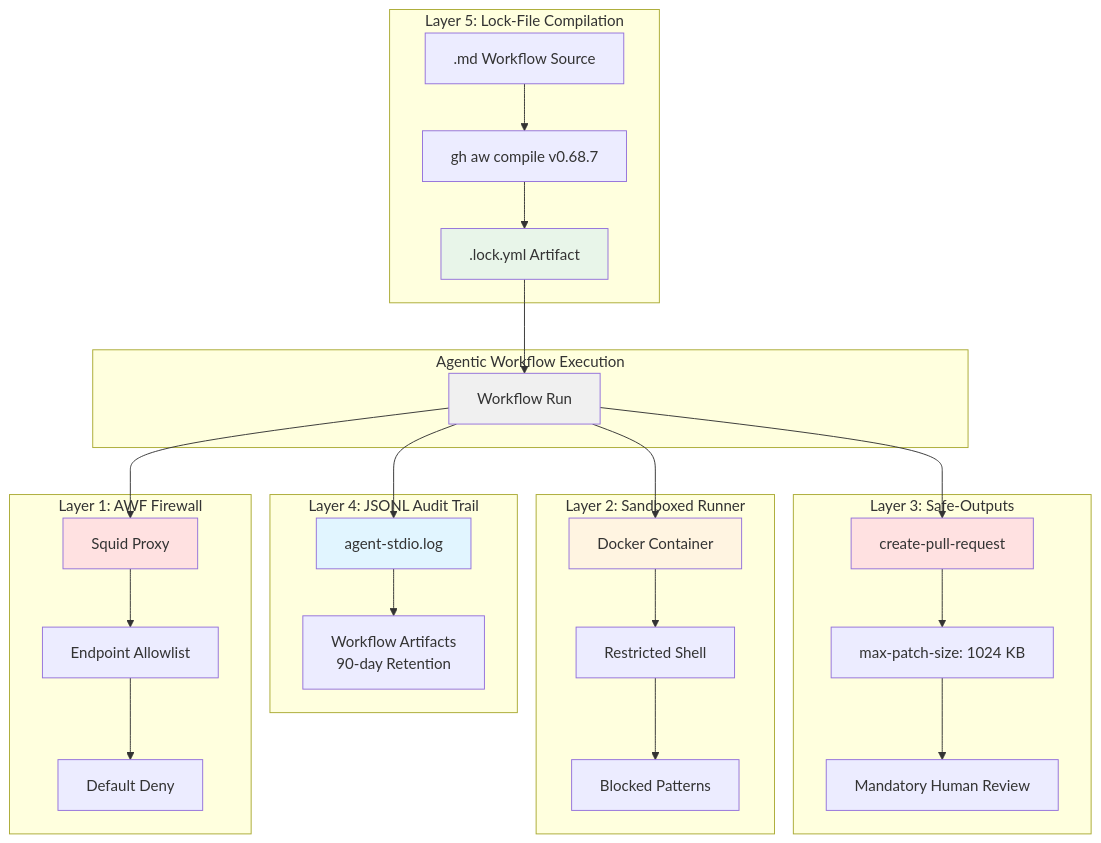
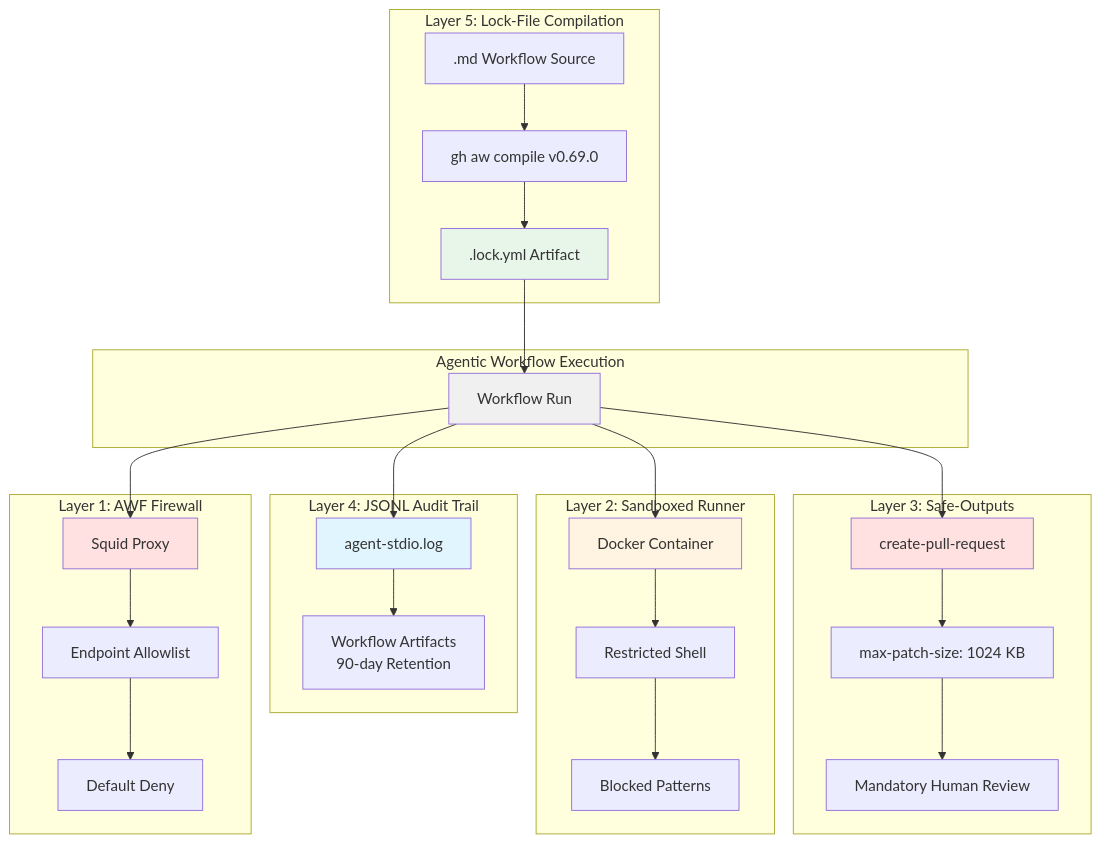
The first of 22 diagrams in SECURITY_ARCHITECTURE.md (Hack23/euparliamentmonitor), drawn with Mermaid before and after one commit. The commit also changed other lines of this file and 12 other files, not shown here.

````diff
--- a/SECURITY_ARCHITECTURE.md
+++ b/SECURITY_ARCHITECTURE.md
@@ -251,57 +251,57 @@
 ```mermaid
 graph TB
     subgraph "Layer 5: Lock-File Compilation"
         MD[.md Workflow Source]
-        COMPILE[gh aw compile v0.68.7]
+        COMPILE[gh aw compile v0.69.0]
         LOCK[.lock.yml Artifact]
         MD --> COMPILE
         COMPILE --> LOCK
     end
 
     subgraph "Layer 4: JSONL Audit Trail"
         LOG[agent-stdio.log]
         ARTIFACT[Workflow Artifacts<br/>90-day Retention]
         LOG --> ARTIFACT
     end
 
     subgraph "Layer 3: Safe-Outputs"
         PR[create-pull-request]
         SIZE[max-patch-size: 1024 KB]
         REVIEW[Mandatory Human Review]
         PR --> SIZE
         SIZE --> REVIEW
     end
 
     subgraph "Layer 2: Sandboxed Runner"
         DOCKER[Docker Container]
         SHELL[Restricted Shell]
         PATTERN[Blocked Patterns]
         DOCKER --> SHELL
         SHELL --> PATTERN
     end
 
     subgraph "Layer 1: AWF Firewall"
         SQUID[Squid Proxy]
         ALLOWLIST[Endpoint Allowlist]
         DENY[Default Deny]
         SQUID --> ALLOWLIST
         ALLOWLIST --> DENY
     end
 
     subgraph "Agentic Workflow Execution"
         RUN[Workflow Run]
     end
 
     LOCK --> RUN
     RUN --> LOG
     RUN --> PR
     RUN --> DOCKER
     RUN --> SQUID
 
     style LOCK fill:#e8f5e9
     style LOG fill:#e1f5ff
     style PR fill:#ffe1e1
     style DOCKER fill:#fff4e1
     style SQUID fill:#ffe1e1
     style RUN fill:#f0f0f0
 ```
````
